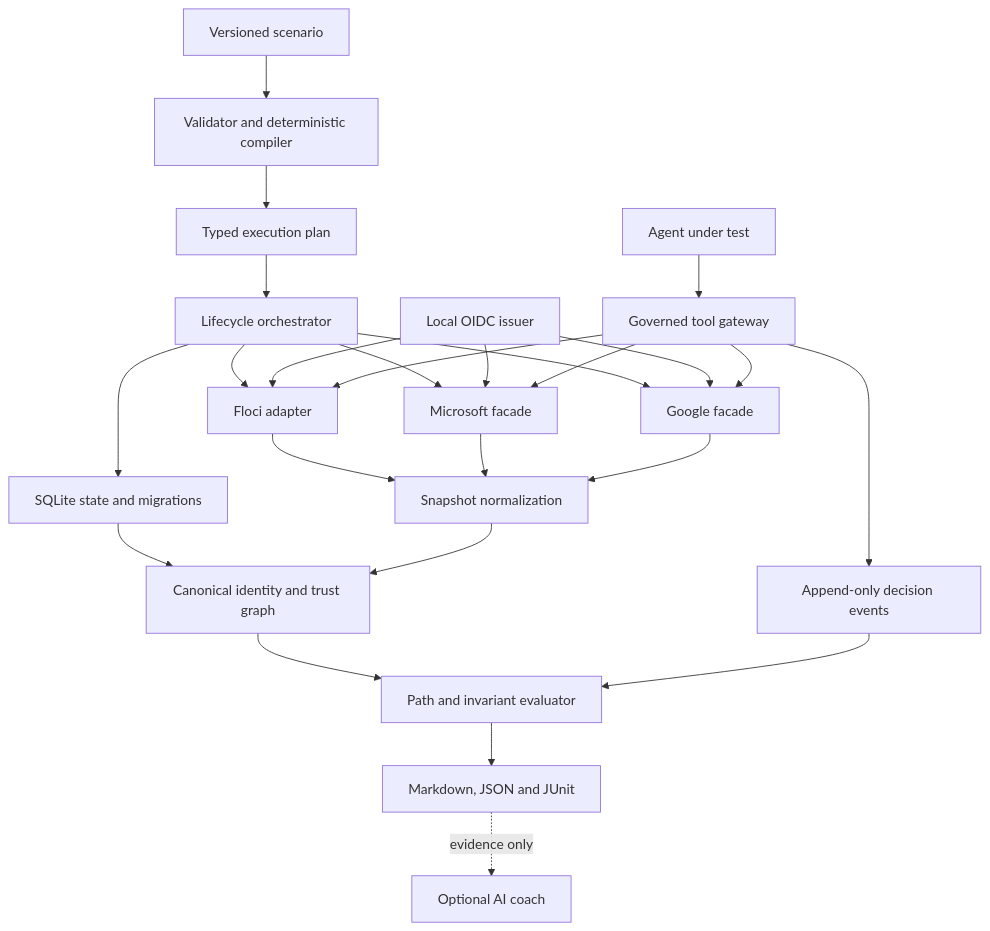
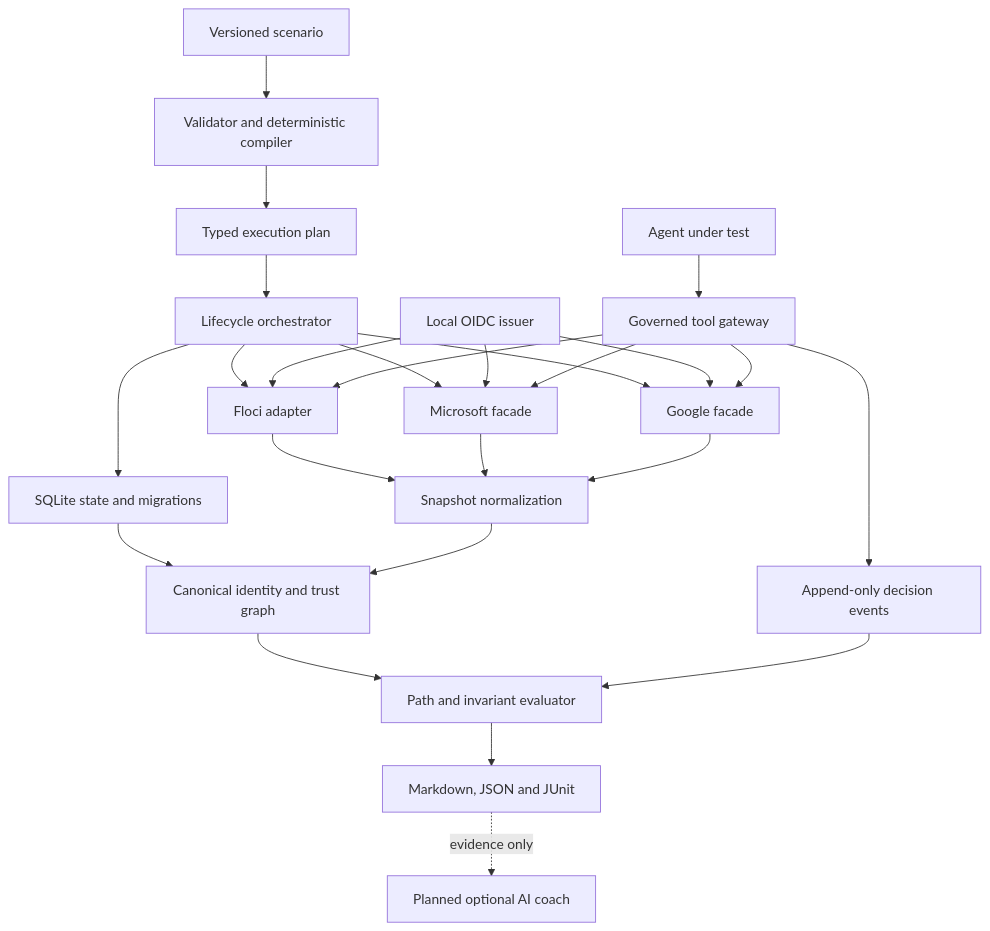
The diagram in docs/00-project/master-plan.md (msinclair25/cailab), drawn with Mermaid before and after one commit. The commit also changed other lines of this file and 67 other files, not shown here.

````diff
--- a/docs/00-project/master-plan.md
+++ b/docs/00-project/master-plan.md
@@ -86,27 +86,27 @@
 ```mermaid
 flowchart TD
     Manifest["Versioned scenario"] --> Compiler["Validator and deterministic compiler"]
     Compiler --> Plan["Typed execution plan"]
     Plan --> Orchestrator["Lifecycle orchestrator"]
     Orchestrator --> Store["SQLite state and migrations"]
     Orchestrator --> AWS["Floci adapter"]
     Orchestrator --> MS["Microsoft facade"]
     Orchestrator --> Google["Google facade"]
     Issuer["Local OIDC issuer"] --> AWS
     Issuer --> MS
     Issuer --> Google
     Agent["Agent under test"] --> Gateway["Governed tool gateway"]
     Gateway --> AWS
     Gateway --> MS
     Gateway --> Google
     AWS --> Normalize["Snapshot normalization"]
     MS --> Normalize
     Google --> Normalize
     Store --> Graph["Canonical identity and trust graph"]
     Normalize --> Graph
     Gateway --> Audit["Append-only decision events"]
     Graph --> Verify["Path and invariant evaluator"]
     Audit --> Verify
     Verify --> Report["Markdown, JSON and JUnit"]
-    Report -. evidence only .-> Coach["Optional AI coach"]
+    Report -. evidence only .-> Coach["Planned optional AI coach"]
 ```
````
